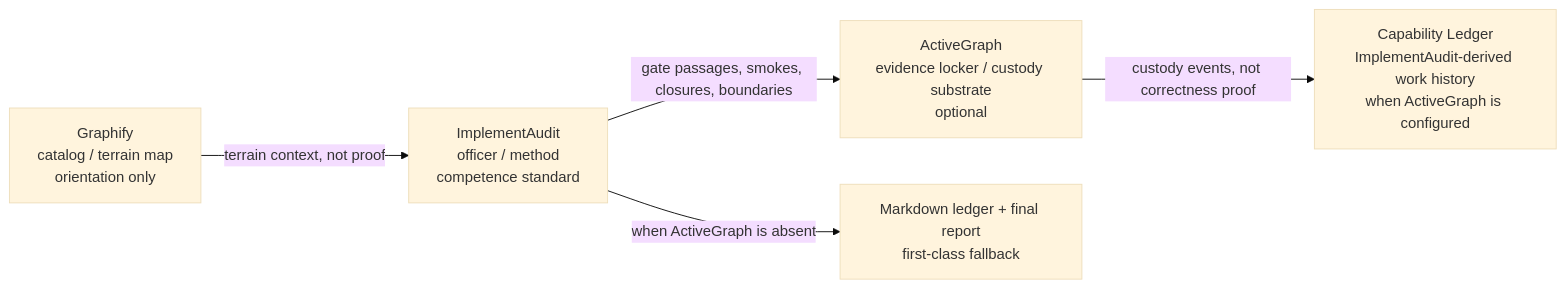
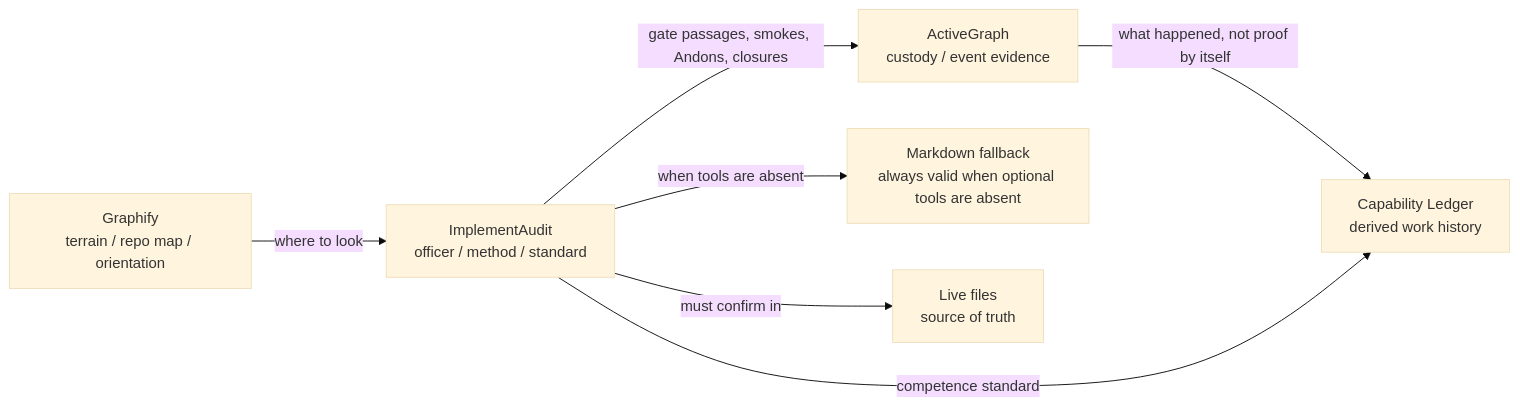
The first of 3 diagrams in README.md (theislampill/IMPLEMENTAUDIT.md), drawn with Mermaid (base theme) before and after one commit. The commit also changed other lines of this file, not shown here.

First line of the commit message:
docs: strengthen optional tooling diagrams

````diff
--- a/README.md
+++ b/README.md
@@ -40,13 +40,16 @@
 ```mermaid
 flowchart LR
-  G["Graphify<br/>catalog / terrain map<br/>orientation only"]
-  A["ActiveGraph<br/>evidence locker / custody substrate<br/>optional"]
-  I["ImplementAudit<br/>officer / method<br/>competence standard"]
-  C["Capability Ledger<br/>ImplementAudit-derived work history<br/>when ActiveGraph is configured"]
-  M["Markdown ledger + final report<br/>first-class fallback"]
+  I["ImplementAudit<br/>officer / method / standard"]
+  G["Graphify<br/>terrain / repo map / orientation"]
+  A["ActiveGraph<br/>custody / event evidence"]
+  C["Capability Ledger<br/>derived work history"]
+  M["Markdown fallback<br/>always valid when optional tools are absent"]
+  L["Live files<br/>source of truth"]
 
-  G -->|terrain context, not proof| I
-  I -->|gate passages, smokes, closures, boundaries| A
-  A -->|custody events, not correctness proof| C
-  I -->|when ActiveGraph is absent| M
+  G -->|where to look| I
+  I -->|must confirm in| L
+  I -->|gate passages, smokes, Andons, closures| A
+  A -->|what happened, not proof by itself| C
+  I -->|competence standard| C
+  I -->|when tools are absent| M
 ```
````
